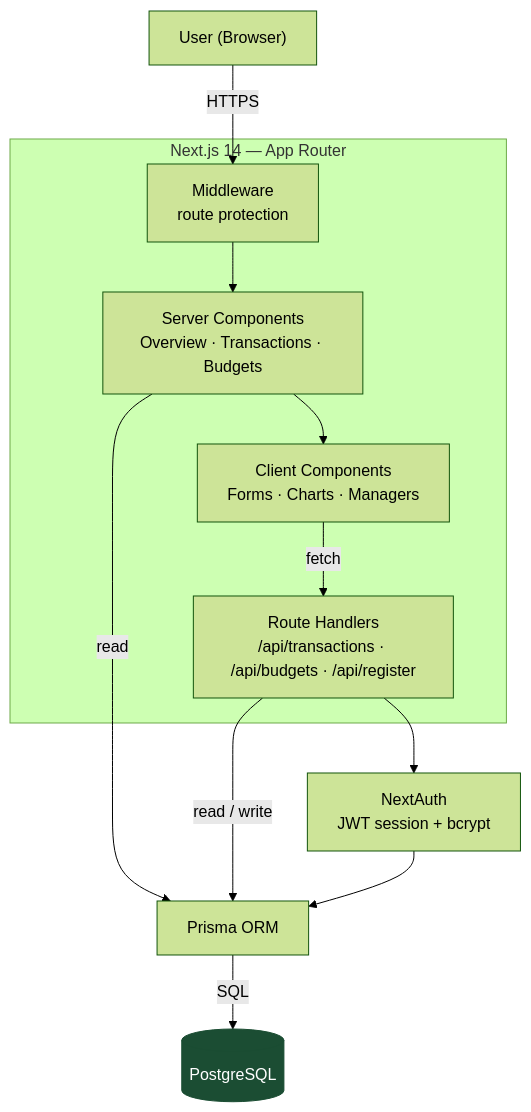
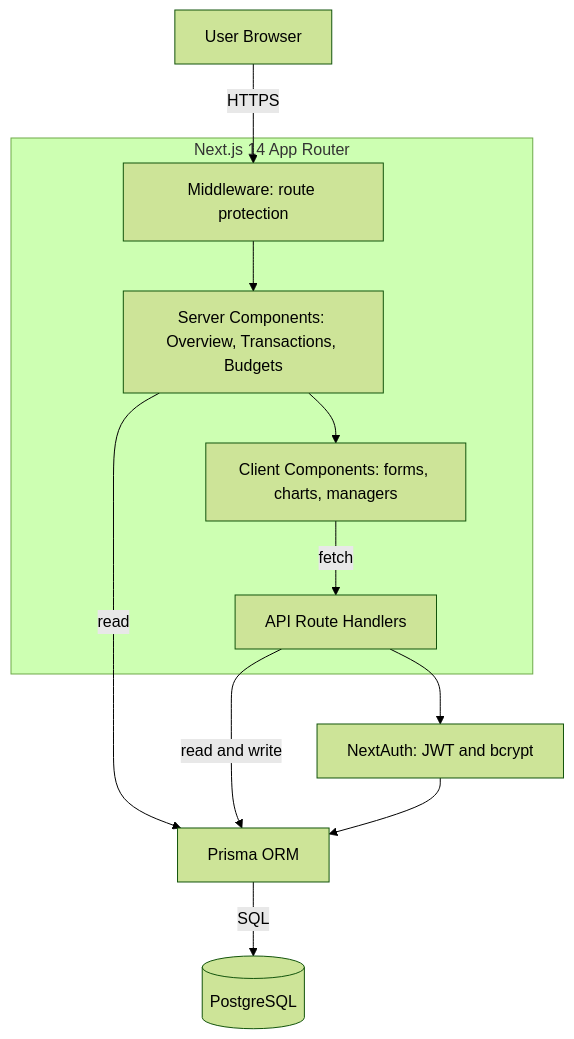
The diagram in README.md (Parths8104/Finance-Platform), drawn with Mermaid (forest theme) before and after one commit.

Commit message:
Fix Mermaid diagram rendering

````diff
--- a/README.md
+++ b/README.md
@@ -45,19 +45,16 @@
 ```mermaid
 flowchart TD
-    User["User (Browser)"] -->|HTTPS| MW["Middleware<br/>route protection"]
+    User["User Browser"] -->|HTTPS| MW["Middleware: route protection"]
 
-    subgraph APP["Next.js 14 — App Router"]
-        MW --> SC["Server Components<br/>Overview · Transactions · Budgets"]
-        SC --> CC["Client Components<br/>Forms · Charts · Managers"]
-        CC -->|fetch| API["Route Handlers<br/>/api/transactions · /api/budgets · /api/register"]
+    subgraph APP["Next.js 14 App Router"]
+        MW --> SC["Server Components: Overview, Transactions, Budgets"]
+        SC --> CC["Client Components: forms, charts, managers"]
+        CC -->|fetch| API["API Route Handlers"]
     end
 
     SC -->|read| ORM["Prisma ORM"]
-    API -->|read / write| ORM
-    API --> AUTH["NextAuth<br/>JWT session + bcrypt"]
+    API -->|read and write| ORM
+    API --> AUTH["NextAuth: JWT and bcrypt"]
     AUTH --> ORM
     ORM -->|SQL| DB[("PostgreSQL")]
-
-    classDef store fill:#1b4d33,stroke:#1b4d33,color:#fff;
-    class DB store;
 ```
````
